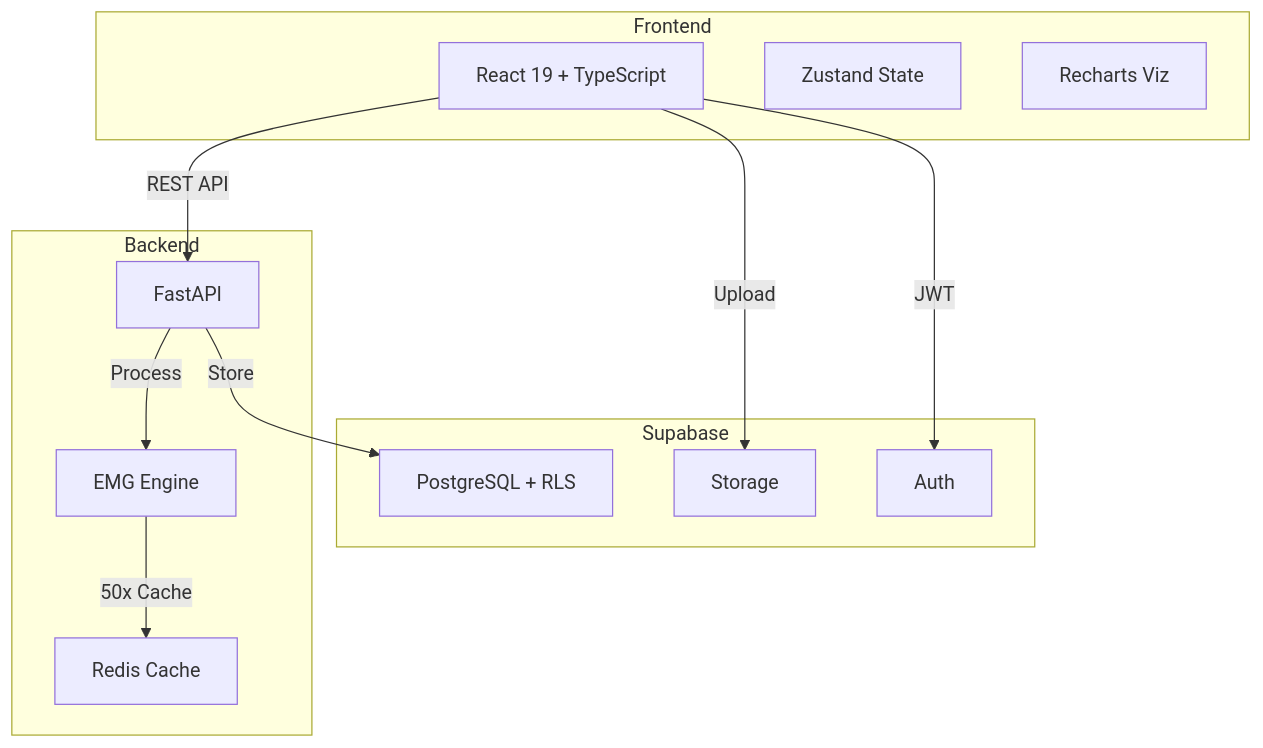
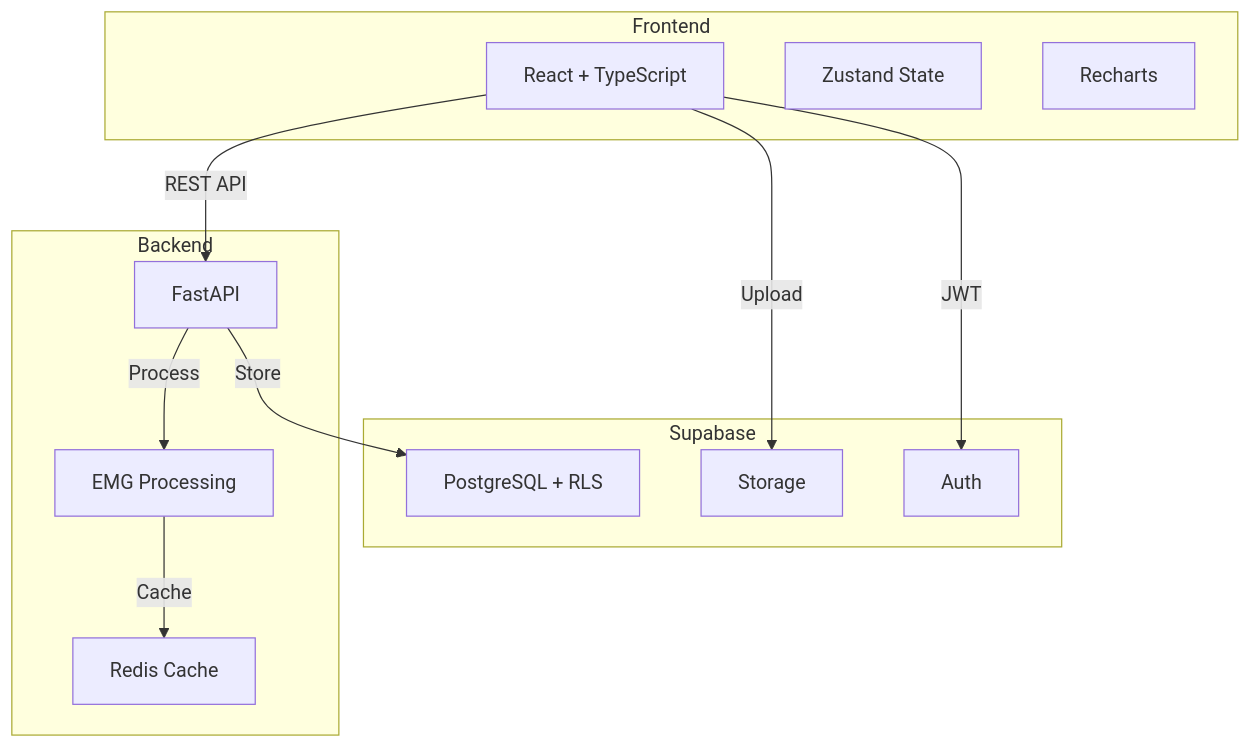
Before and after one commit to ggustin93/emg-c3d-analyzer: the diagram in docusaurus/docs/intro.md, drawn with Mermaid. The commit also changed other lines of this file and 2 other files, not shown here.

````diff
--- a/docusaurus/docs/intro.md
+++ b/docusaurus/docs/intro.md
@@ -51,27 +45,27 @@
 ```mermaid
 graph TB
     subgraph "Frontend"
-        A[React 19 + TypeScript]
+        A[React + TypeScript]
         B[Zustand State]
-        C[Recharts Viz]
+        C[Recharts]
     end
     
     subgraph "Backend"
         D[FastAPI]
-        E[EMG Engine]
+        E[EMG Processing]
         F[Redis Cache]
     end
     
     subgraph "Supabase"
         G[PostgreSQL + RLS]
         H[Storage]
         I[Auth]
     end
     
     A -->|REST API| D
     D -->|Process| E
-    E -->|50x Cache| F
+    E -->|Cache| F
     D -->|Store| G
     A -->|Upload| H
     A -->|JWT| I
 ```
````
